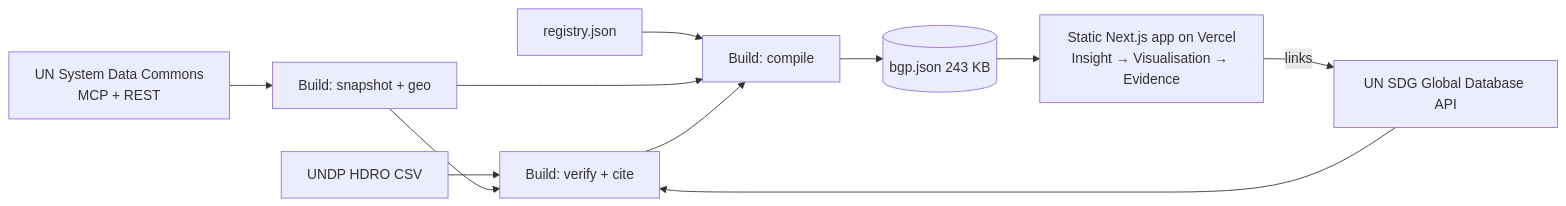
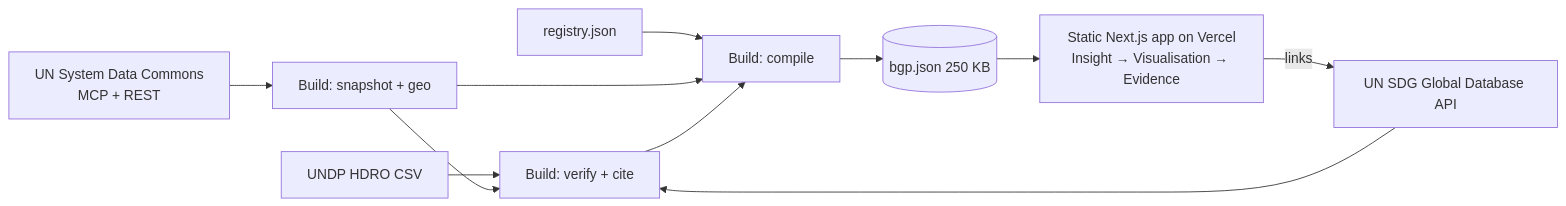
Before and after one commit to roshaninfordham/Benchmarking-Global-Prosperity: the diagram in README.md, drawn with Mermaid. The commit also changed other lines of this file and 3 other files, not shown here.

````diff
--- a/README.md
+++ b/README.md
@@ -74,13 +76,13 @@
 ```mermaid
 flowchart LR
   MCP["UN System Data Commons<br/>MCP + REST"] --> SNAP["Build: snapshot + geo"]
   SDG["UN SDG Global Database API"] --> VER["Build: verify + cite"]
   UNDP["UNDP HDRO CSV"] --> VER
   SNAP --> VER
   REG["registry.json"] --> BUILD["Build: compile"]
   SNAP --> BUILD
   VER --> BUILD
-  BUILD --> JSON[("bgp.json 243 KB")]
+  BUILD --> JSON[("bgp.json 250 KB")]
   JSON --> APP["Static Next.js app on Vercel<br/>Insight → Visualisation → Evidence"]
   APP -- "links" --> SDG
 ```
````
